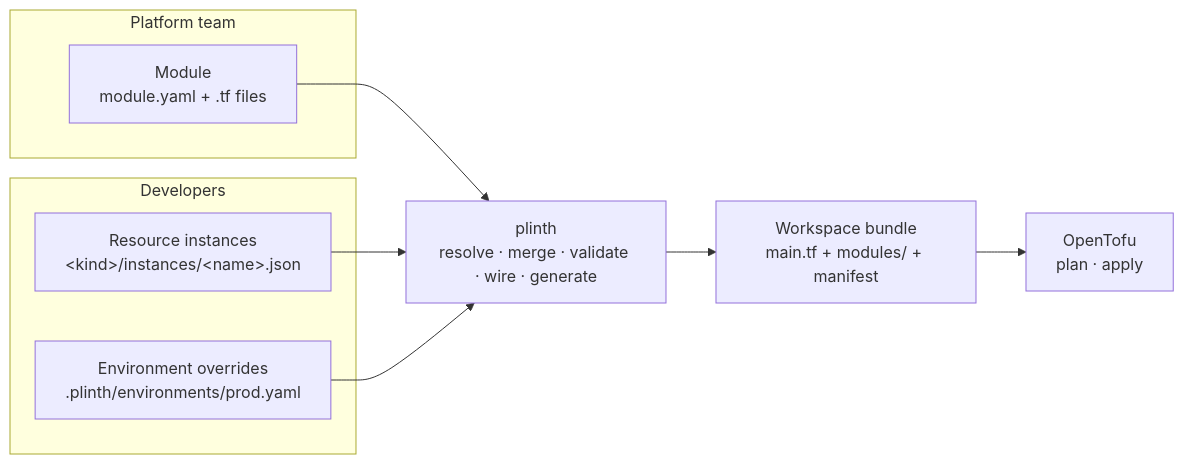
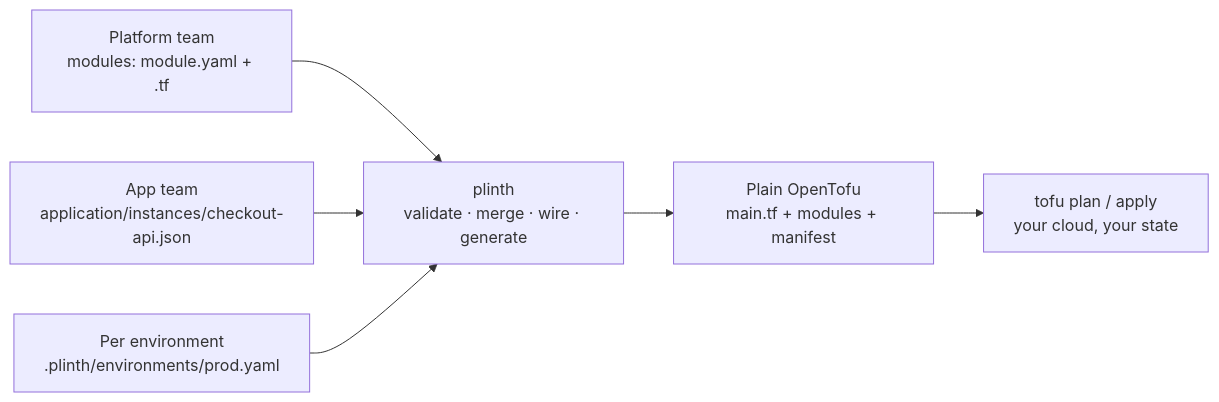
Before and after one commit to Dhananjay-JSR/Plinth: the diagram in README.md, drawn with Mermaid. The commit also changed other lines of this file, not shown here.

Commit message:
Rewrite README around the checkout use case with curl install

````diff
--- a/README.md
+++ b/README.md
@@ -40,17 +20,13 @@
 ```mermaid
 flowchart LR
-    subgraph Platform team
-        MOD["Module<br/>module.yaml + .tf files"]
-    end
-    subgraph Developers
-        INST["Resource instances<br/>&lt;kind&gt;/instances/&lt;name&gt;.json"]
-        ENV["Environment overrides<br/>.plinth/environments/prod.yaml"]
-    end
-    ENG["plinth<br/>resolve · merge · validate · wire · generate"]
-    WS["Workspace bundle<br/>main.tf + modules/ + manifest"]
-    TOFU["OpenTofu<br/>plan · apply"]
-    MOD --> ENG
-    INST --> ENG
-    ENV --> ENG
-    ENG --> WS --> TOFU
+    MOD["Platform team<br/>modules: module.yaml + .tf"]
+    INST["App team<br/>application/instances/checkout-api.json"]
+    ENV["Per environment<br/>.plinth/environments/prod.yaml"]
+    PL["plinth<br/>validate · merge · wire · generate"]
+    OUT["Plain OpenTofu<br/>main.tf + modules + manifest"]
+    TOFU["tofu plan / apply<br/>your cloud, your state"]
+    MOD --> PL
+    INST --> PL
+    ENV --> PL
+    PL --> OUT --> TOFU
 ```
````
